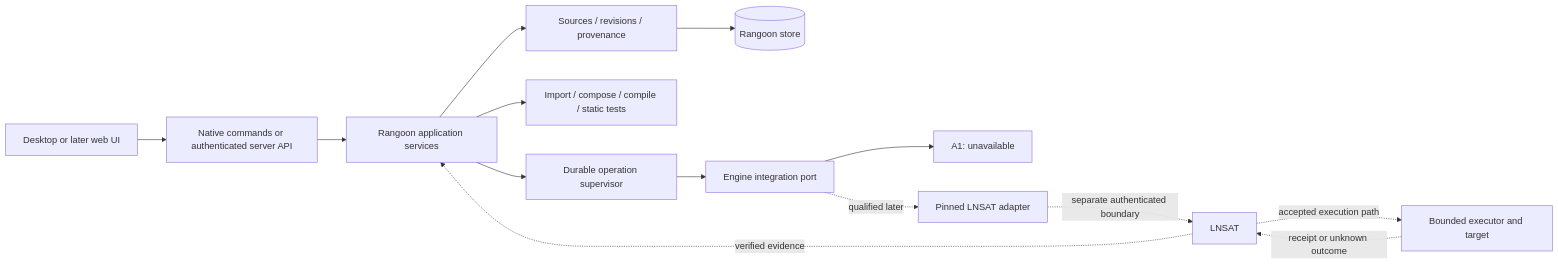
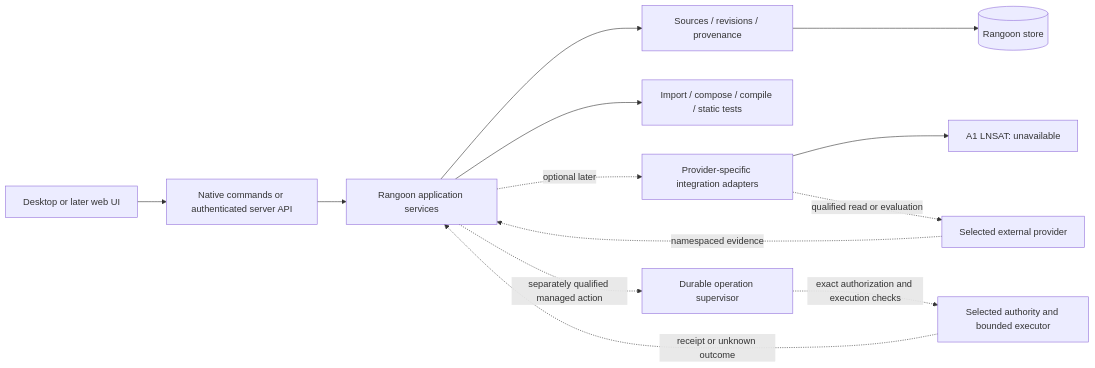
One commit to hypler-dev/rangoon changed the diagram in docs/application-architecture.md. Above: the diagram before and after it, drawn with Mermaid. The commit also changed other lines of this file and 166 other files, not shown here.

````diff
--- a/docs/application-architecture.md
+++ b/docs/application-architecture.md
@@ -49,16 +55,15 @@
 ```mermaid
 flowchart LR
   UI[Desktop or later web UI] --> HOST[Native commands or authenticated server API]
   HOST --> APP[Rangoon application services]
   APP --> CONTENT[Sources / revisions / provenance]
   CONTENT --> DB[(Rangoon store)]
   APP --> TRANSFORM[Import / compose / compile / static tests]
-  APP --> JOBS[Durable operation supervisor]
-  JOBS --> PORT[Engine integration port]
-  PORT --> PLACE[A1: unavailable]
-  PORT -. qualified later .-> ADAPTER[Pinned LNSAT adapter]
-  ADAPTER -. separate authenticated boundary .-> ENGINE[LNSAT]
-  ENGINE -. accepted execution path .-> TARGET[Bounded executor and target]
-  TARGET -. receipt or unknown outcome .-> ENGINE
-  ENGINE -. verified evidence .-> APP
+  APP -. optional later .-> PORT[Provider-specific integration adapters]
+  PORT --> PLACE[A1 LNSAT: unavailable]
+  PORT -. qualified read or evaluation .-> PROVIDER[Selected external provider]
+  PROVIDER -. namespaced evidence .-> APP
+  APP -. separately qualified managed action .-> JOBS[Durable operation supervisor]
+  JOBS -. exact authorization and execution checks .-> TARGET[Selected authority and bounded executor]
+  TARGET -. receipt or unknown outcome .-> APP
 ```
````
